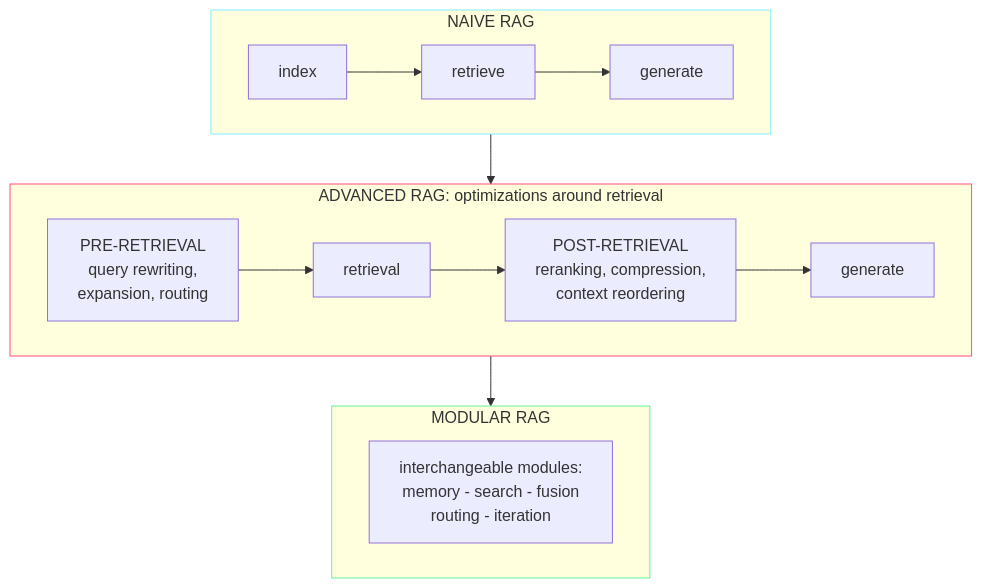
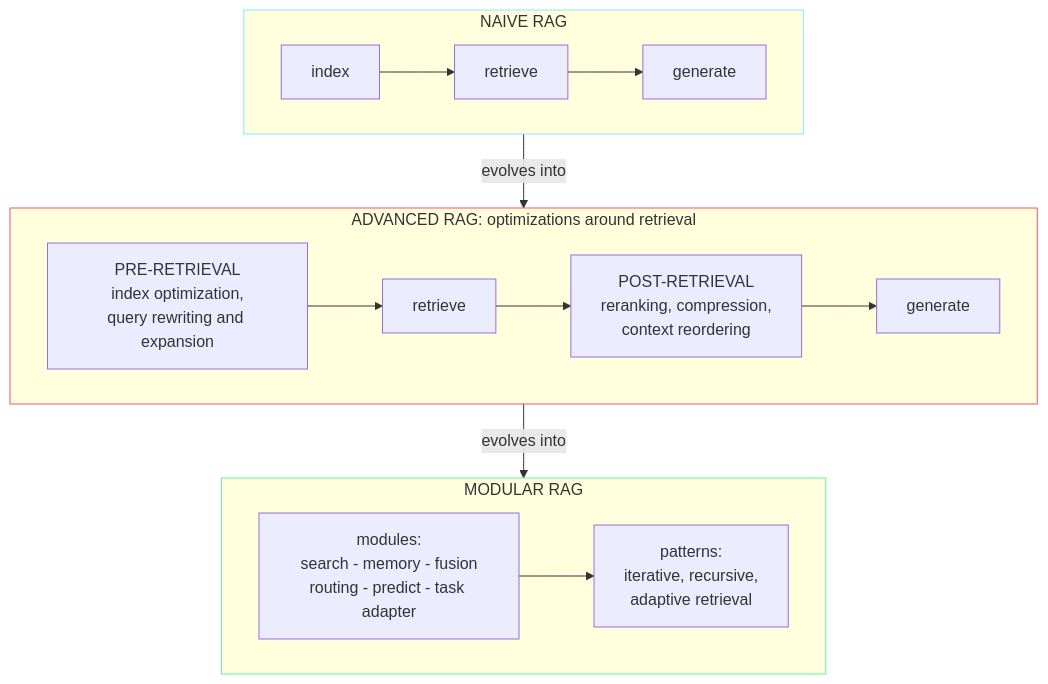
One commit to arcangelofranco/Naive-RAG-Assistant changed the fourth of 21 diagrams in README.md. Above: the diagram before and after it, drawn with Mermaid. The commit also changed other lines of this file and 10 other files, not shown here.

````diff
--- a/README.md
+++ b/README.md
@@ -541,26 +543,27 @@
 ```mermaid
 flowchart TB
 
     subgraph N["NAIVE RAG"]
         direction LR
         N1["index"] --> N2["retrieve"] --> N3["generate"]
     end
 
     subgraph A["ADVANCED RAG: optimizations around retrieval"]
         direction LR
-        A0["PRE-RETRIEVAL<br/>query rewriting,<br/>expansion, routing"] --> A1["retrieval"]
+        A0["PRE-RETRIEVAL<br/>index optimization,<br/>query rewriting and expansion"] --> A1["retrieve"]
         A1 --> A2["POST-RETRIEVAL<br/>reranking, compression,<br/>context reordering"]
         A2 --> A3["generate"]
     end
 
     subgraph M["MODULAR RAG"]
         direction LR
-        M1["interchangeable modules:<br/>memory - search - fusion<br/>routing - iteration"]
+        M1["modules:<br/>search - memory - fusion<br/>routing - predict - task adapter"] --> M2["patterns:<br/>iterative, recursive,<br/>adaptive retrieval"]
     end
 
-    N --> A --> M
+    N -->|"evolves into"| A -->|"evolves into"| M
 
     style N stroke:#83edff
     style A stroke:#ff4e7b
     style M stroke:#63f4a2
+
 ```
````
